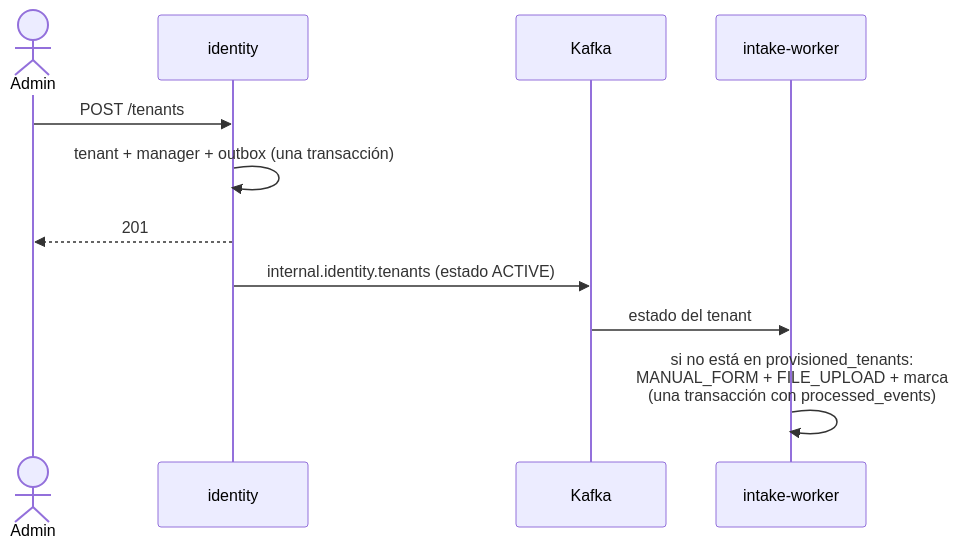
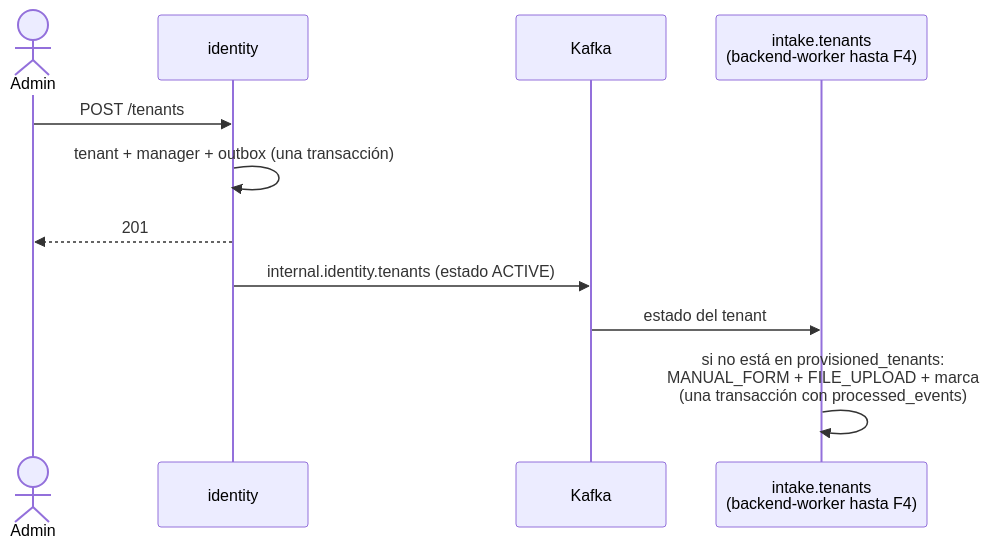
One commit to MDCIrony/leads-hexa changed the third of 3 diagrams in docs/content/microservices/02-servicios-y-datos.md. Above: the diagram before and after it, drawn with Mermaid. The commit also changed other lines of this file and 31 other files, not shown here.

````diff
--- a/docs/content/microservices/02-servicios-y-datos.md
+++ b/docs/content/microservices/02-servicios-y-datos.md
@@ -121,14 +131,14 @@
 ```mermaid
 sequenceDiagram
     actor Admin
     participant ID as identity
     participant K as Kafka
-    participant IN as intake-worker
+    participant IN as intake.tenants<br/>(backend-worker hasta F4)
 
     Admin->>ID: POST /tenants
     ID->>ID: tenant + manager + outbox (una transacción)
     ID-->>Admin: 201
     ID->>K: internal.identity.tenants (estado ACTIVE)
     K->>IN: estado del tenant
     IN->>IN: si no está en provisioned_tenants:<br/>MANUAL_FORM + FILE_UPLOAD + marca<br/>(una transacción con processed_events)
 ```
````
